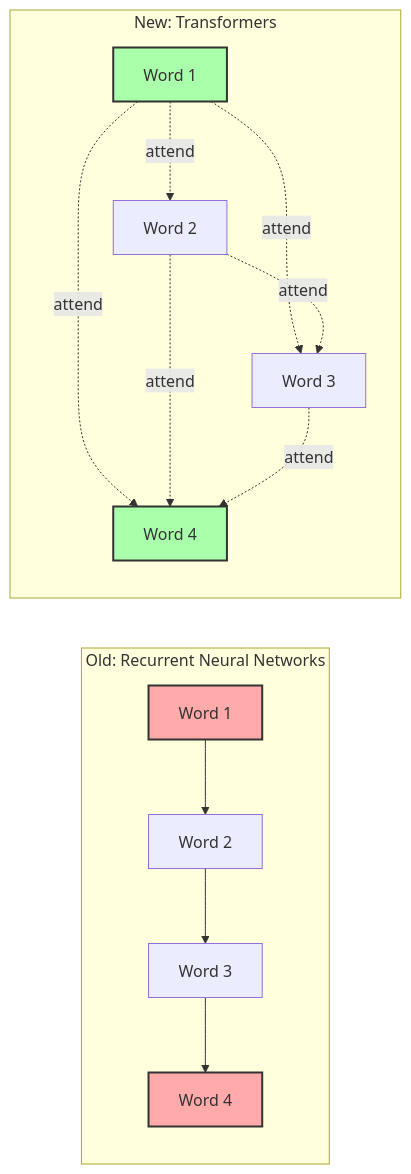
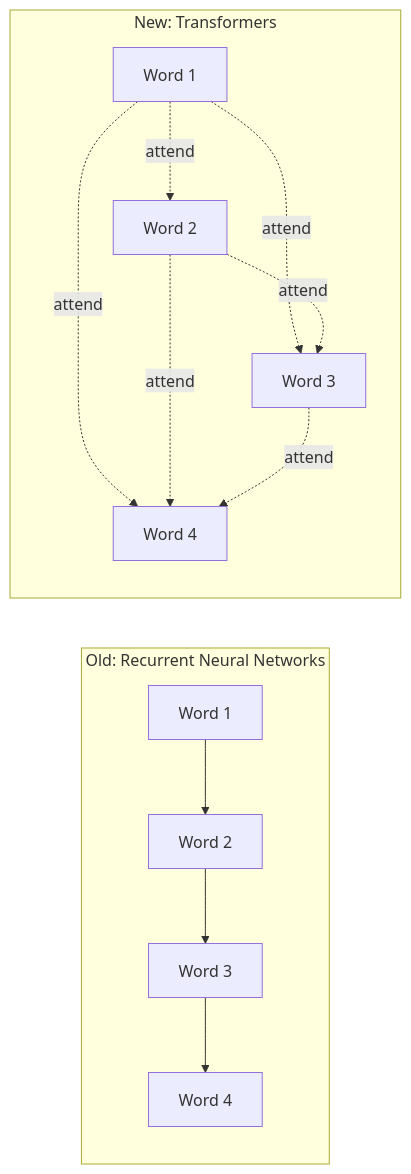
One commit to Shaddix/mostlylucidweb changed diagram 14 of 15 in Mostlylucid/Markdown/how-neural-machine-translation-works.md. Above: the diagram before and after it, drawn with Mermaid. The commit also changed other lines of this file and 7 other files, not shown here.

````diff
--- a/Mostlylucid/Markdown/how-neural-machine-translation-works.md
+++ b/Mostlylucid/Markdown/how-neural-machine-translation-works.md
@@ -866,22 +856,19 @@
 ```mermaid
 graph LR
     subgraph "Old: Recurrent Neural Networks"
         R1[Word 1] --> R2[Word 2]
         R2 --> R3[Word 3]
         R3 --> R4[Word 4]
     end
 
     subgraph "New: Transformers"
         T1[Word 1] -.attend.-> T2[Word 2]
         T1 -.attend.-> T3[Word 3]
         T1 -.attend.-> T4[Word 4]
         T2 -.attend.-> T3
         T2 -.attend.-> T4
         T3 -.attend.-> T4
     end
 
-    style R1 fill:#faa,stroke:#333,stroke-width:2px
-    style R4 fill:#faa,stroke:#333,stroke-width:2px
-    style T1 fill:#afa,stroke:#333,stroke-width:2px
-    style T4 fill:#afa,stroke:#333,stroke-width:2px
+
 ```
````
